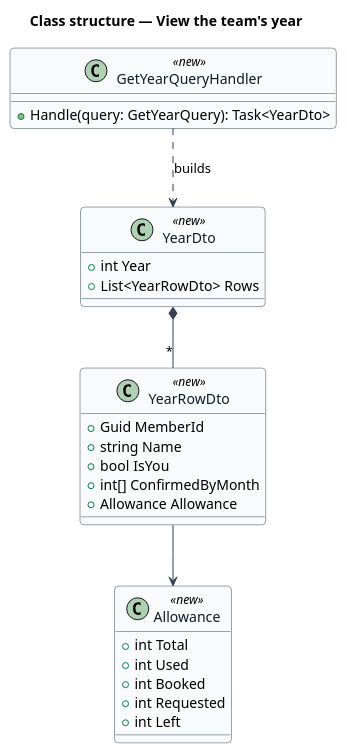
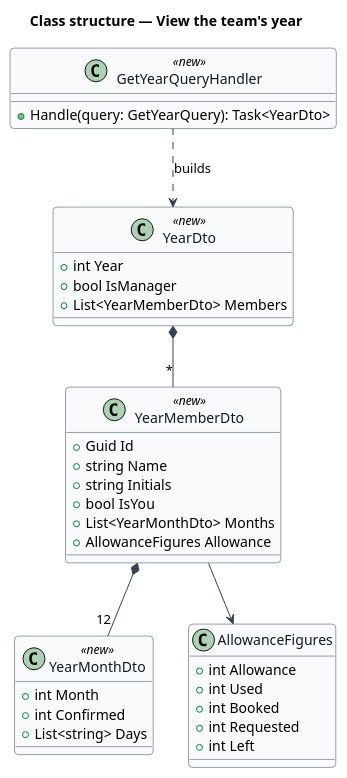
Before and after one commit to QuinntyneBrown/greenlit: the diagram in docs/detailed-designs/allowances/year-overview/diagrams/class-structure.puml, drawn with PlantUML. The commit also changed 2 other files, not shown here.

Commit message:
Year overview design: resolve open question, define the YearDto shape

```diff
--- a/docs/detailed-designs/allowances/year-overview/diagrams/class-structure.puml
+++ b/docs/detailed-designs/allowances/year-overview/diagrams/class-structure.puml
@@ -1,38 +1,46 @@
 @startuml
 skinparam backgroundColor #FFFFFF
 skinparam shadowing false
 skinparam roundcorner 8
 skinparam defaultFontName Arial
 skinparam ArrowColor #344054
 skinparam class {
   BorderColor #344054
   FontColor #101828
   BackgroundColor #F9FAFB
 }
 title Class structure — View the team's year
 
 class YearDto <<new>> {
   +int Year
-  +List<YearRowDto> Rows
+  +bool IsManager
+  +List<YearMemberDto> Members
 }
-class YearRowDto <<new>> {
-  +Guid MemberId
+class YearMemberDto <<new>> {
+  +Guid Id
   +string Name
+  +string Initials
   +bool IsYou
-  +int[] ConfirmedByMonth
-  +Allowance Allowance
+  +List<YearMonthDto> Months
+  +AllowanceFigures Allowance
 }
-class Allowance <<new>> {
-  +int Total
+class YearMonthDto <<new>> {
+  +int Month
+  +int Confirmed
+  +List<string> Days
+}
+class AllowanceFigures {
+  +int Allowance
   +int Used
   +int Booked
   +int Requested
   +int Left
 }
 class GetYearQueryHandler <<new>> {
   +Handle(query: GetYearQuery): Task<YearDto>
 }
-YearDto *-- "*" YearRowDto
-YearRowDto --> Allowance
+YearDto *-- "*" YearMemberDto
+YearMemberDto *-- "12" YearMonthDto
+YearMemberDto --> AllowanceFigures
 GetYearQueryHandler ..> YearDto : builds
 @enduml
```
